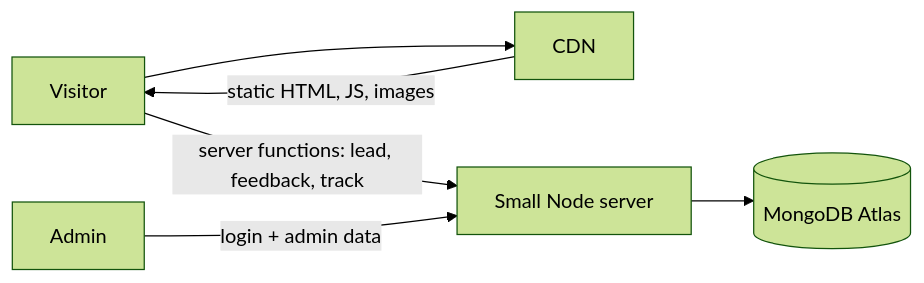
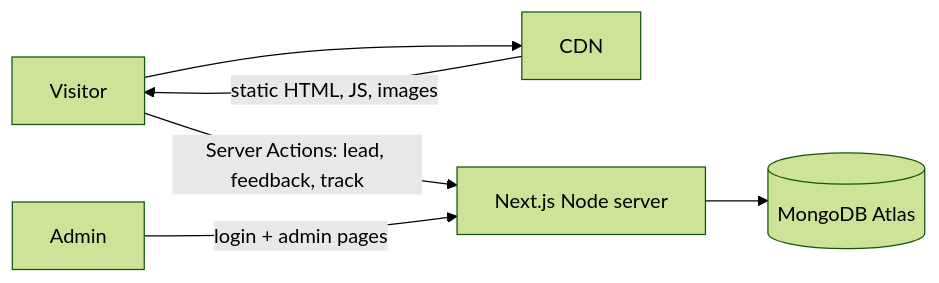
Before and after one commit to AhmedElnagarUU/Demmoss: the third of 3 diagrams in docs/03-architecture.md, drawn with Mermaid (forest theme). The commit also changed other lines of this file and 19 other files, not shown here.

````diff
--- a/docs/03-architecture.md
+++ b/docs/03-architecture.md
@@ -182,8 +197,8 @@
 ```mermaid
 flowchart LR
   U[Visitor] --> CDN[CDN]
   CDN -->|static HTML, JS, images| U
-  U -->|server functions: lead, feedback, track| SRV[Small Node server]
-  ADM[Admin] -->|login + admin data| SRV
+  U -->|Server Actions: lead, feedback, track| SRV[Next.js Node server]
+  ADM[Admin] -->|login + admin pages| SRV
   SRV --> DB[(MongoDB Atlas)]
 ```
````
